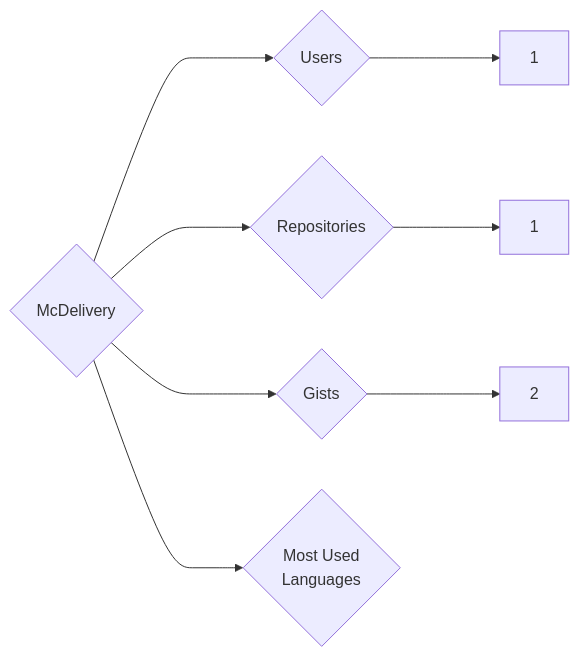
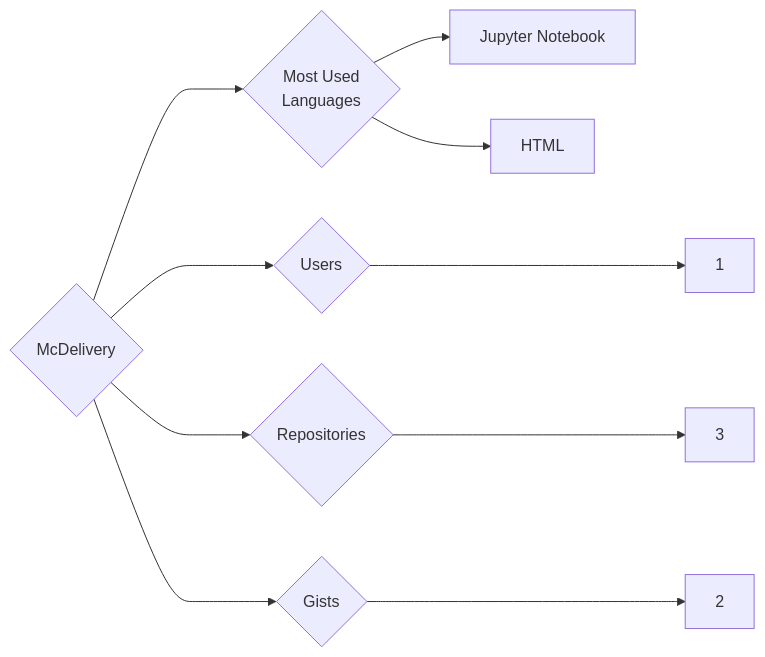
The diagram in targets/McDelivery/README.md (trickest/insiders), drawn with Mermaid before and after one commit. The commit also changed 823 other files, not shown here.

````diff
--- a/targets/McDelivery/README.md
+++ b/targets/McDelivery/README.md
@@ -3,8 +3,10 @@
 ```mermaid
 graph LR
 COMPANY_NAME{McDelivery}
 COMPANY_NAME ---> U{Users} ---> UN[1]
-COMPANY_NAME ---> R{Repositories} ---> RN[1]
+COMPANY_NAME ---> R{Repositories} ---> RN[3]
 COMPANY_NAME ---> G{Gists} ---> GN[2]
 COMPANY_NAME ---> ML{Most Used<br>Languages}
+ML --> Jupyter_Notebook[Jupyter Notebook]
+ML --> HTML[HTML]
 ```
````
